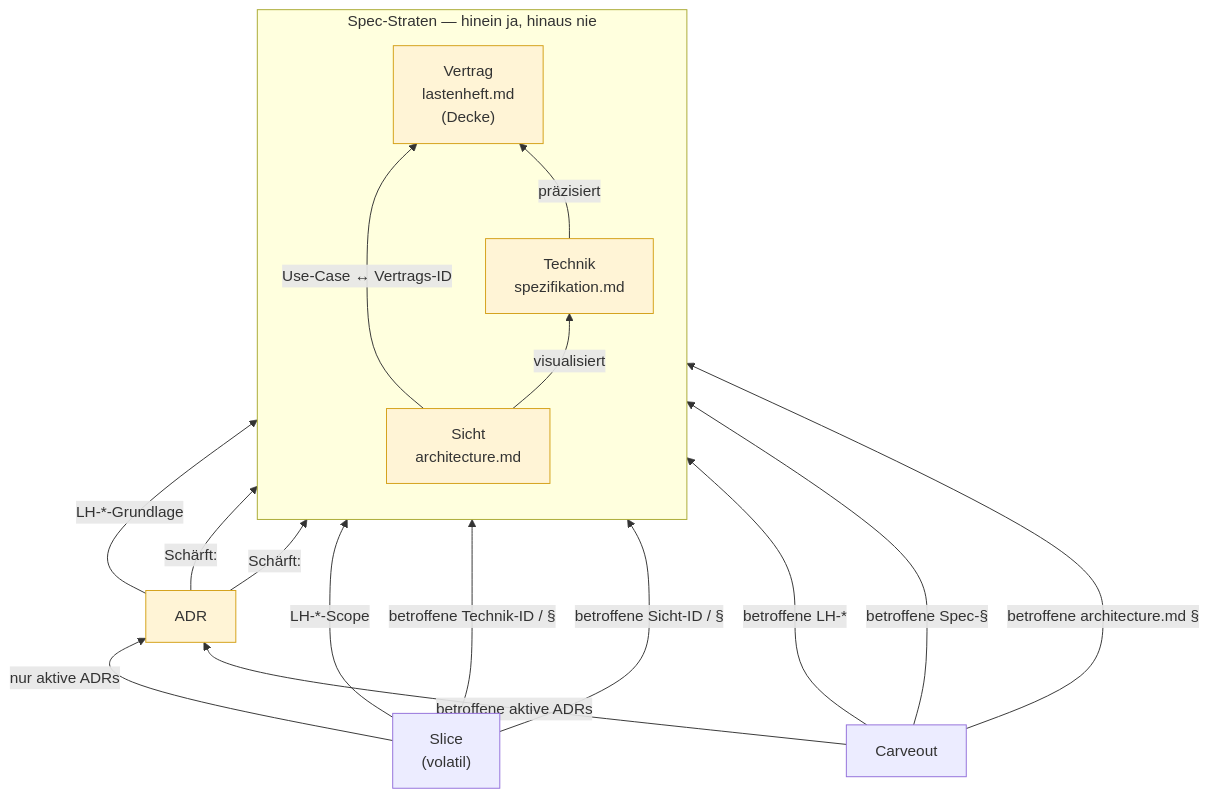
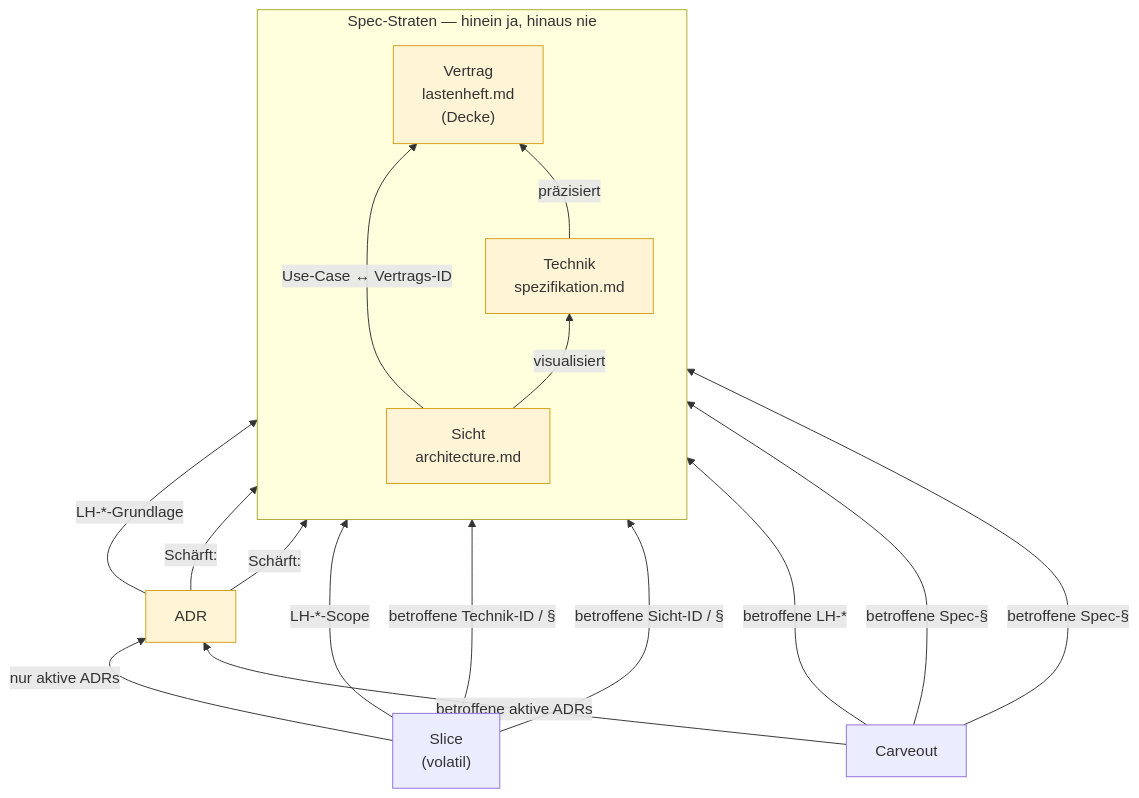
The first of 3 diagrams in kurs/de/grundlagen/referenz-richtung.md (pt9912/ai-harness-course), drawn with Mermaid before and after one commit. The commit also changed other lines of this file and 14 other files, not shown here.

````diff
--- a/kurs/de/grundlagen/referenz-richtung.md
+++ b/kurs/de/grundlagen/referenz-richtung.md
@@ -67,24 +67,24 @@
 ```mermaid
 flowchart BT
     subgraph SPEC["Spec-Straten — hinein ja, hinaus nie"]
         direction BT
         V["Sicht<br/>architecture.md"] -->|visualisiert| T["Technik<br/>spezifikation.md"]
         V -->|"Use-Case ↔ Vertrags-ID"| L["Vertrag<br/>lastenheft.md<br/>(Decke)"]
         T -->|präzisiert| L
     end
     A["ADR"] -->|"LH-*-Grundlage"| L
     A -->|"Schärft:"| T
     A -->|"Schärft:"| V
     S["Slice<br/>(volatil)"] -->|"LH-*-Scope"| L
     S -->|"betroffene Technik-ID / §"| T
     S -->|"betroffene Sicht-ID / §"| V
     S -->|"nur aktive ADRs"| A
     C["Carveout"] -->|"betroffene LH-*"| L
     C -->|"betroffene Spec-§"| T
-    C -->|"betroffene architecture.md §"| V
+    C -->|"betroffene Spec-§"| V
     C -->|"betroffene aktive ADRs"| A
     style L fill:#fff4d6,stroke:#d4a017
     style T fill:#fff4d6,stroke:#d4a017
     style V fill:#fff4d6,stroke:#d4a017
     style A fill:#fff4d6,stroke:#d4a017
 ```
````
